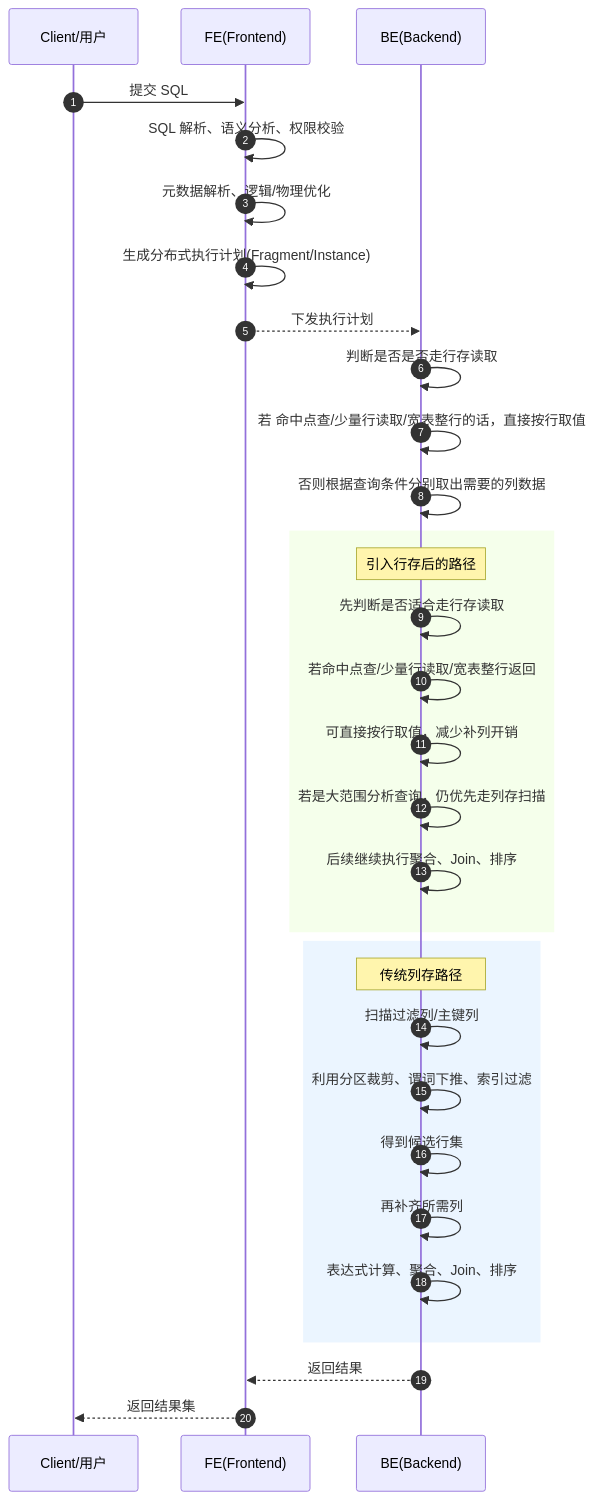
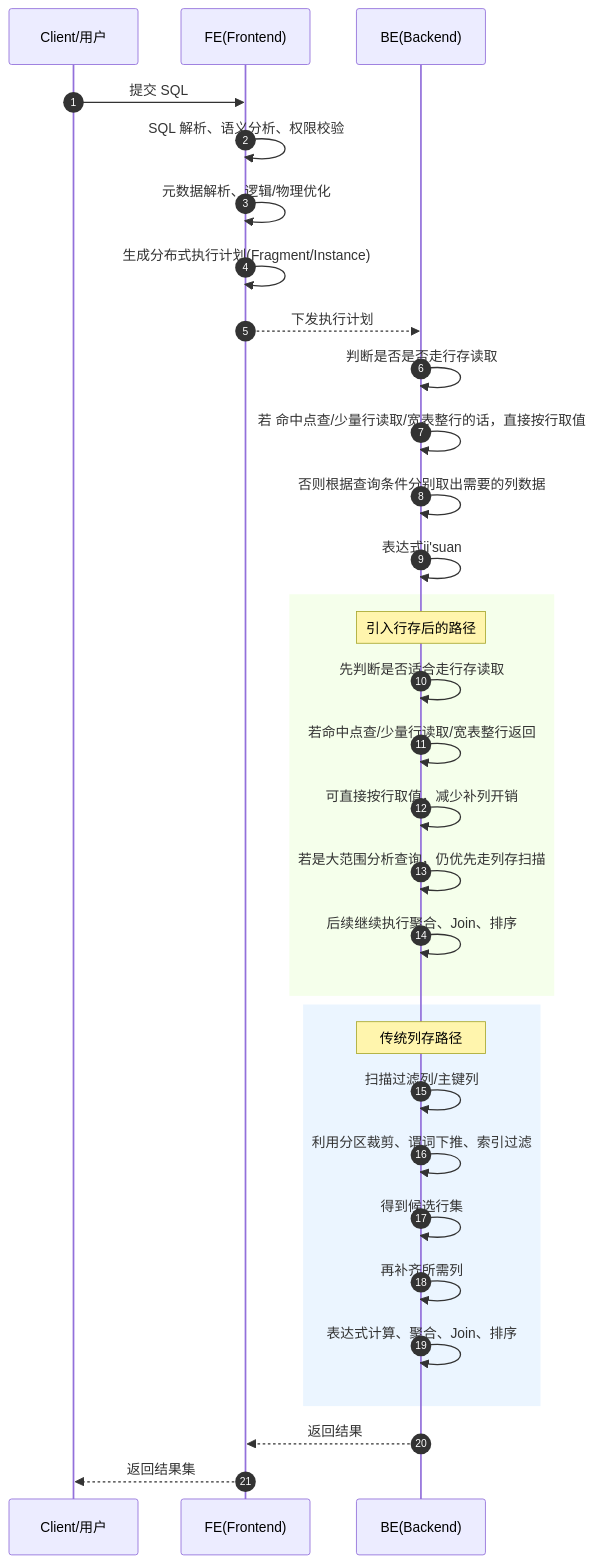
Before and after one commit to HY-10-8/iodraw-files: the diagram in all/未命名-4.md, drawn with Mermaid.

Commit message:
2026-04-22 17:47:12 update

````diff
--- a/all/未命名-4.md
+++ b/all/未命名-4.md
@@ -1,53 +1,53 @@
 ```mermaid
 sequenceDiagram
     autonumber
 
     participant Client as Client/用户
     participant FE as FE(Frontend)
     participant BE as BE(Backend)
     
     Client->>FE: 提交 SQL
     FE->>FE: SQL 解析、语义分析、权限校验
     FE->>FE: 元数据解析、逻辑/物理优化
     FE->>FE: 生成分布式执行计划(Fragment/Instance)
     FE-->>BE: 下发执行计划
 
     BE->>BE: 判断是否是否走行存读取
     BE->>BE: 若 命中点查/少量行读取/宽表整行的话，直接按行取值
     BE->>BE: 否则根据查询条件分别取出需要的列数据
-    
+    BE->>BE: 表达式ji'suan
 
 
 
 
     rect rgb(245,255,235)
         Note over BE: 引入行存后的路径
         BE->>BE: 先判断是否适合走行存读取
         BE->>BE: 若命中点查/少量行读取/宽表整行返回
         BE->>BE: 可直接按行取值，减少补列开销
         BE->>BE: 若是大范围分析查询，仍优先走列存扫描
         BE->>BE: 后续继续执行聚合、Join、排序
     end
 
 
     rect rgb(235,245,255)
         Note over BE: 传统列存路径
         BE->>BE: 扫描过滤列/主键列
         BE->>BE: 利用分区裁剪、谓词下推、索引过滤
         BE->>BE: 得到候选行集
         BE->>BE: 再补齐所需列
         BE->>BE: 表达式计算、聚合、Join、排序
     end
 
     BE-->>FE: 返回结果
     FE-->>Client: 返回结果集
 
 
 
 
 
 
 
 
 
 ```
````
